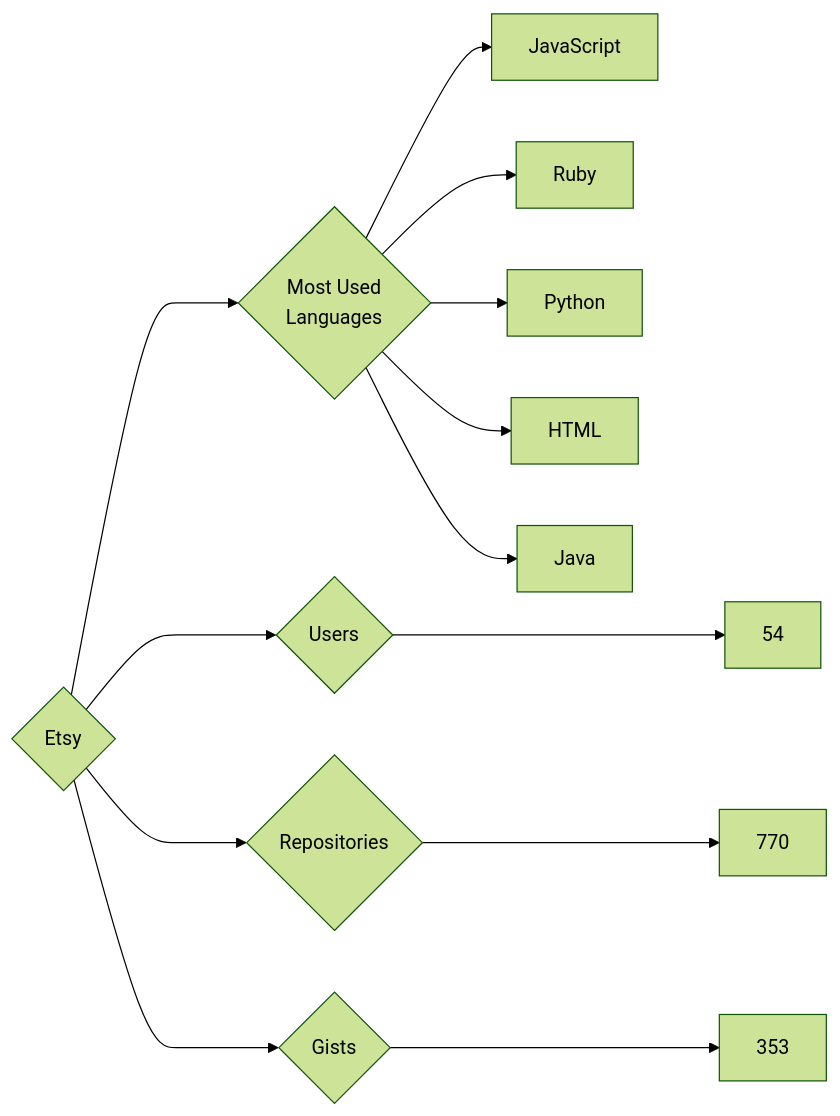
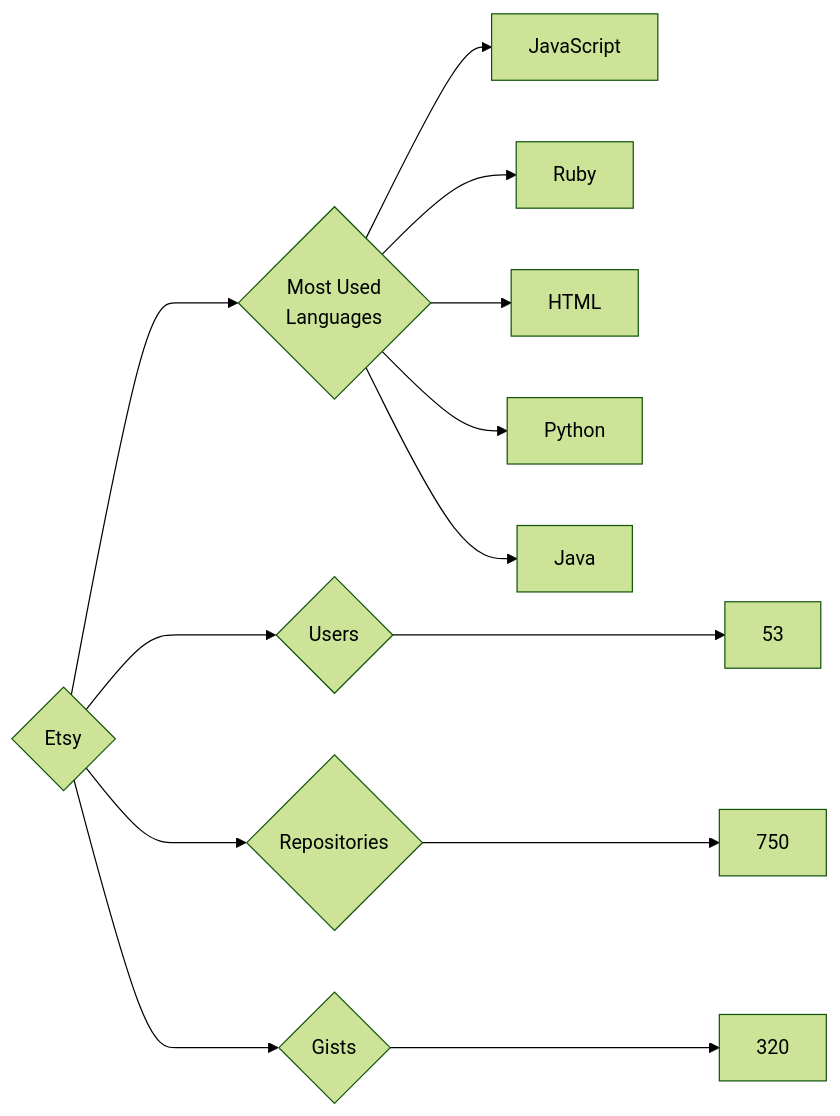
The diagram in targets/Etsy/README.md (trickest/insiders), drawn with Mermaid (forest theme) before and after one commit. The commit also changed 749 other files, not shown here.

````diff
--- a/targets/Etsy/README.md
+++ b/targets/Etsy/README.md
@@ -3,13 +3,13 @@
 ```mermaid
 graph LR
 COMPANY_NAME{Etsy}
-COMPANY_NAME ---> U{Users} ---> UN[54]
-COMPANY_NAME ---> R{Repositories} ---> RN[770]
-COMPANY_NAME ---> G{Gists} ---> GN[353]
+COMPANY_NAME ---> U{Users} ---> UN[53]
+COMPANY_NAME ---> R{Repositories} ---> RN[750]
+COMPANY_NAME ---> G{Gists} ---> GN[320]
 COMPANY_NAME ---> ML{Most Used<br>Languages}
 ML --> JavaScript[JavaScript]
 ML --> Ruby[Ruby]
+ML --> HTML[HTML]
 ML --> Python[Python]
-ML --> HTML[HTML]
 ML --> Java[Java]
 ```
````
